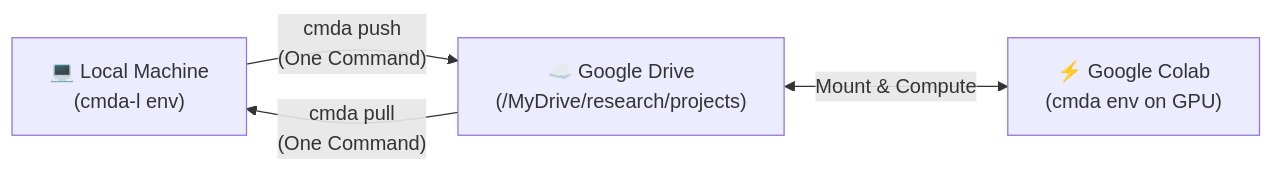
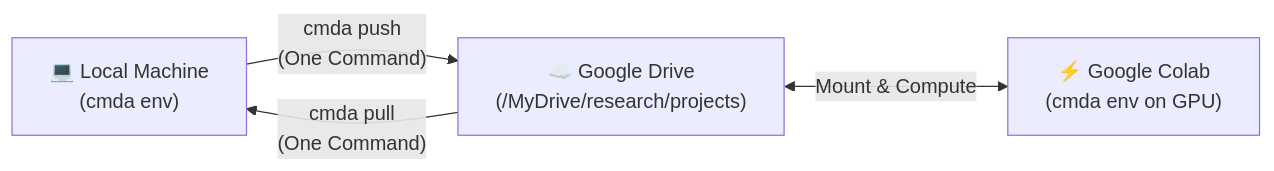
The first of 2 diagrams in README.md (paulshamrat/ColabMDA), drawn with Mermaid before and after one commit. The commit also changed other lines of this file, not shown here.

Commit message:
docs: unify conda environment name to cmda across local and cloud setups

````diff
--- a/README.md
+++ b/README.md
@@ -15,6 +15,6 @@
 ```mermaid
 flowchart LR
-    A["💻 Local Machine<br/>(cmda-l env)"] -->|"cmda push<br/>(One Command)"| B["☁️ Google Drive<br/>(/MyDrive/research/projects)"]
+    A["💻 Local Machine<br/>(cmda env)"] -->|"cmda push<br/>(One Command)"| B["☁️ Google Drive<br/>(/MyDrive/research/projects)"]
     B <-->|"Mount & Compute"| C["⚡ Google Colab<br/>(cmda env on GPU)"]
     B -->|"cmda pull<br/>(One Command)"| A
 ```
````
